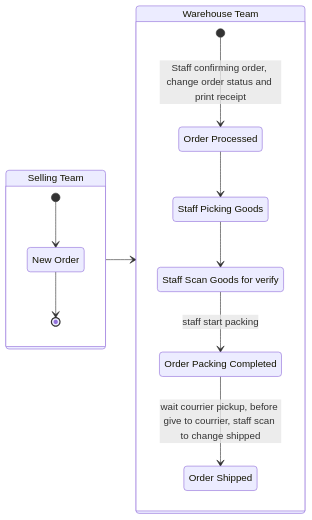
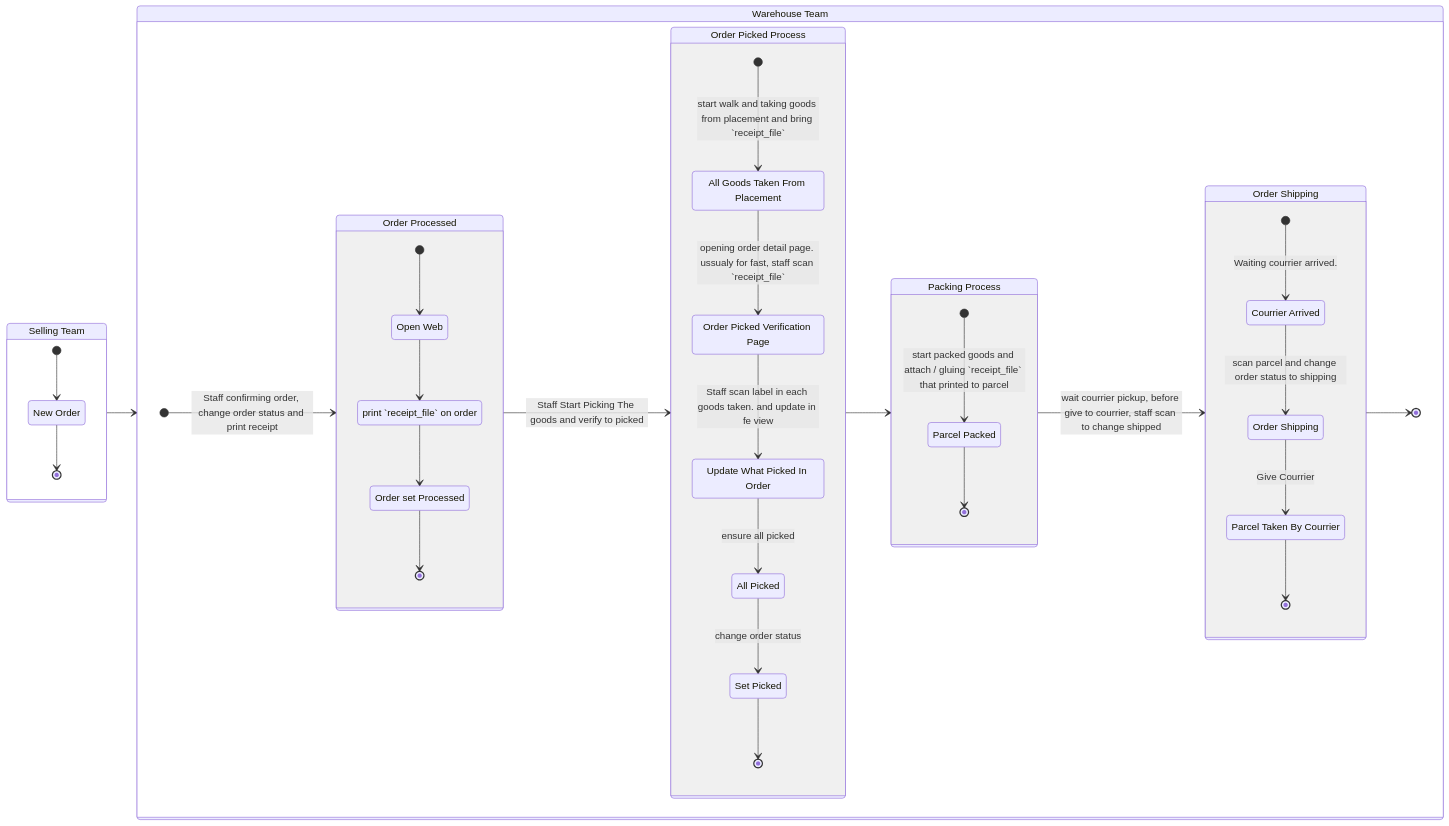
Before and after one commit to pdcgo/warehouse_revamp: the second of 2 diagrams in docs/business/inventory/order.md, drawn with Mermaid. The commit also changed other lines of this file and 7 other files, not shown here.

First line of the commit message:
docs(inventory,order): the owner's design edits — picking, the transaction types, the session's transactions

````diff
--- a/docs/business/inventory/order.md
+++ b/docs/business/inventory/order.md
@@ -93,33 +93,83 @@
 ```mermaid
 stateDiagram-v2
 direction LR
 
 sell: Selling Team
 state sell {
 
     state "New Order" as nord
 
     [*]-->nord
     nord-->[*]
 
 }
 
 sell-->ware
 
 ware: Warehouse Team
 state ware {
-
-    state "Order Processed" as confirm
-    state "Staff Picking Goods" as pick
-    state "Staff Scan Goods for verify" as scan
-    state "Order Packing Completed" as pack
-    state "Order Shipped" as shipped
+    direction LR
 
     [*]-->confirm: Staff confirming order, change order status and print receipt
-    confirm-->pick
-    pick-->scan
-    scan-->pack: staff start packing
-    pack-->shipped: wait courrier pickup, before give to courrier, staff scan to change shipped
+
+    confirm: Order Processed
+    state confirm{
+        state "Open Web" as copen
+        state "print `receipt_file` on order" as cprint
+        state "Order set Processed" as cprocess
+
+        [*]-->copen
+        copen-->cprint
+        cprint-->cprocess
+        cprocess-->[*]
+    }
+
+    confirm-->picked: Staff Start Picking The goods and verify to picked
+
+    picked: Order Picked Process
+    state picked {
+        state "All Goods Taken From Placement" as taken
+        state "Order Picked Verification Page" as feopen 
+        state "Update What Picked In Order" as pscan
+        state "All Picked" as allp
+        state "Set Picked" as ppick
+
+        [*]-->taken: start walk and taking goods from placement and bring `receipt_file`
+        taken-->feopen: opening order detail page. ussualy for fast, staff scan `receipt_file`
+        feopen-->pscan: Staff scan label in each goods taken. and update in fe view
+        pscan-->allp: ensure all picked
+        allp-->ppick: change order status
+        ppick-->[*]
+    }
+
+    picked-->packed
+
+    packed: Packing Process
+    state packed{
+
+        state "Parcel Packed" as ppacked
+        [*]-->ppacked: start packed goods and attach / gluing `receipt_file` that printed to parcel
+        ppacked-->[*]
+    }
+    
+    packed-->shipping: wait courrier pickup, before give to courrier, staff scan to change shipped
+
+    shipping: Order Shipping
+    state shipping {
+        state "Courrier Arrived" as arrived
+        state "Order Shipping" as sship
+        state "Parcel Taken By Courrier" as staken
+
+        [*]-->arrived: Waiting courrier arrived.
+        arrived-->sship: scan parcel and change order status to shipping
+        sship-->staken: Give Courrier
+
+        staken-->[*]
+
+    }
+
+    shipping-->[*]
+
 }
 
 ```
````
